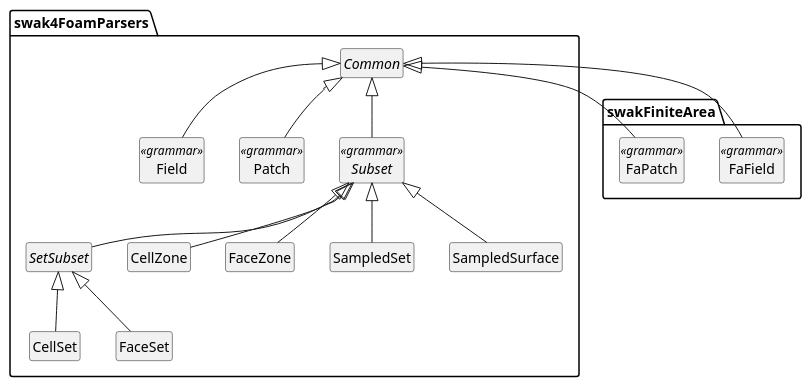
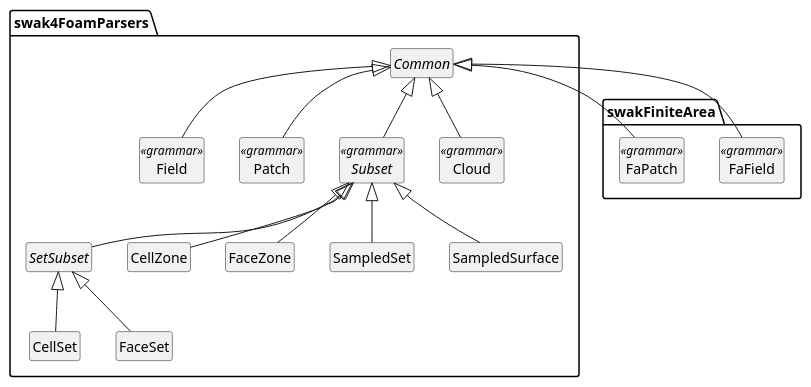
One commit to Unofficial-Extend-Project-Mirror/openfoam-extend-Breeder2.0-libraries-swak4Foam changed the second of 2 diagrams in Documentation/swak4FoamReference.org. Above: the diagram before and after it, drawn with PlantUML. The commit also changed other lines of this file and 738 other files, not shown here.

```diff
--- a/Documentation/swak4FoamReference.org
+++ b/Documentation/swak4FoamReference.org
@@ -104,32 +104,34 @@
 #+begin_src plantuml :file parserRelationships.png
 package swak4FoamParsers {
 Common <|-- Field
 Common <|-- Patch
 Common <|-- Subset
 Subset <|-- SetSubset
 SetSubset <|-- CellSet
 Subset <|-- CellZone
 SetSubset <|-- FaceSet
 Subset <|-- FaceZone
 Subset <|-- SampledSet
 Subset <|-- SampledSurface
+Common <|-- Cloud
 
 class Field << grammar >>
 class Patch << grammar >>
+class Cloud << grammar >>
 abstract class Subset << grammar >>
 abstract class SetSubset
 abstract class Common
 }
 
 package swakFiniteArea {
 Common <|-- FaField
 Common <|-- FaPatch
 
 class FaField << grammar >>
 class FaPatch << grammar >>
 }
 
 hide members
 hide circle
 
 #+end_src
```
